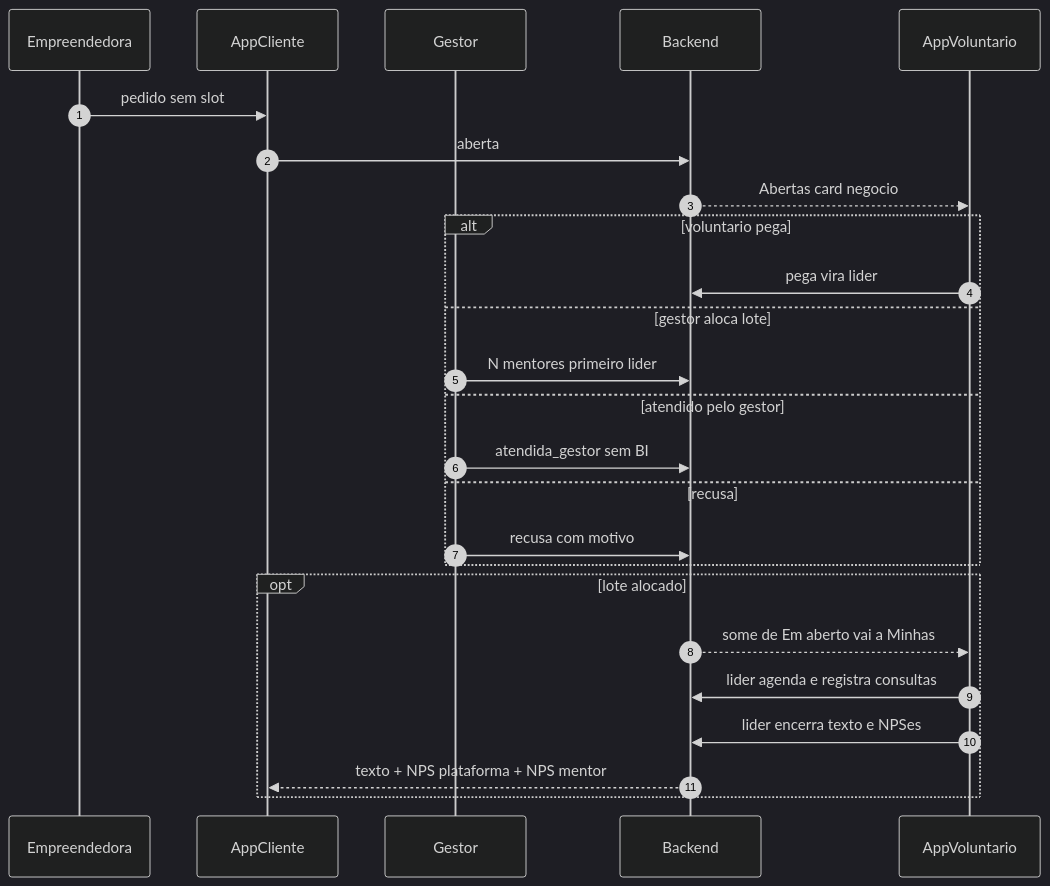
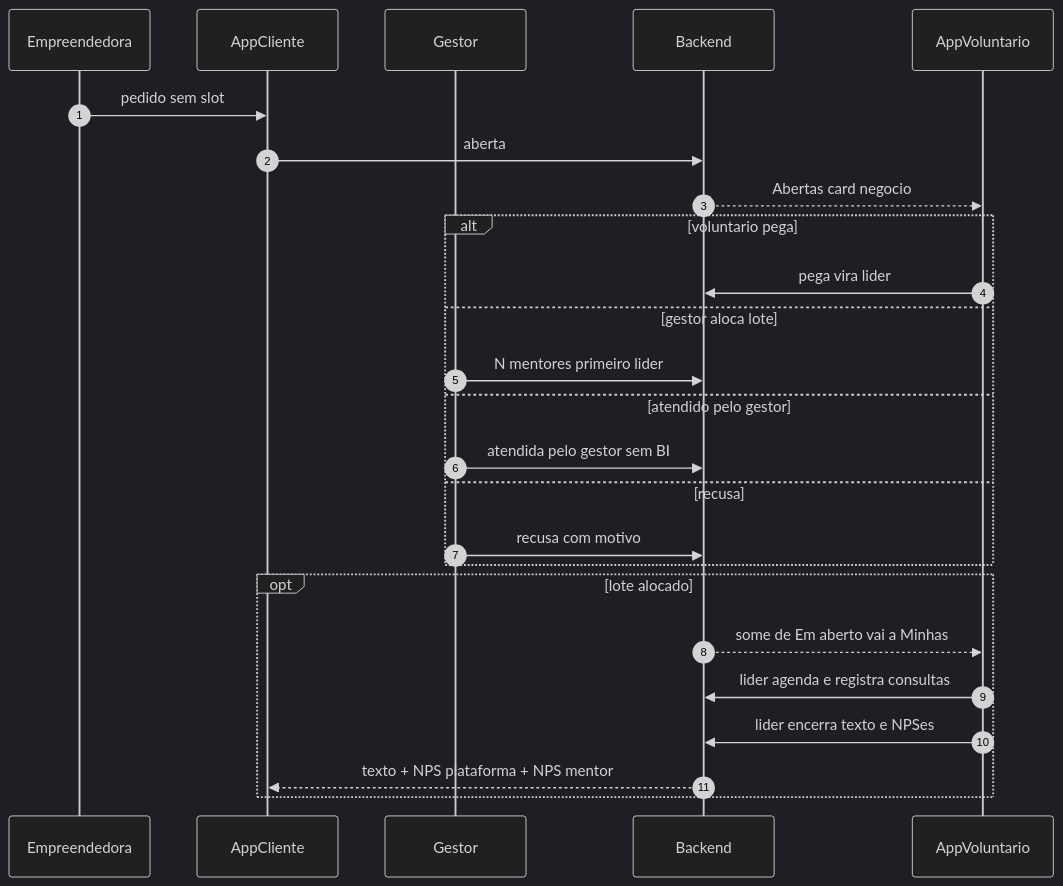
The eighth of 11 diagrams in docs/jornadas/presencial-hibrido.md (luciorogeriosp/cm_documentacao), drawn with Mermaid (dark theme) before and after one commit. The commit also changed other lines of this file and 76 other files, not shown here.

````diff
--- a/docs/jornadas/presencial-hibrido.md
+++ b/docs/jornadas/presencial-hibrido.md
@@ -377,30 +377,30 @@
 ```mermaid
 sequenceDiagram
   autonumber
   participant Empreendedora
   participant AppCliente
   participant Gestor
   participant Backend
   participant AppVoluntario
 
   Empreendedora ->> AppCliente: pedido sem slot
   AppCliente ->> Backend: aberta
   Backend -->> AppVoluntario: Abertas card negocio
 
   alt voluntario pega
     AppVoluntario ->> Backend: pega vira lider
   else gestor aloca lote
     Gestor ->> Backend: N mentores primeiro lider
   else atendido pelo gestor
-    Gestor ->> Backend: atendida_gestor sem BI
+    Gestor ->> Backend: atendida pelo gestor sem BI
   else recusa
     Gestor ->> Backend: recusa com motivo
   end
 
   opt lote alocado
     Backend -->> AppVoluntario: some de Em aberto vai a Minhas
     AppVoluntario ->> Backend: lider agenda e registra consultas
     AppVoluntario ->> Backend: lider encerra texto e NPSes
     Backend -->> AppCliente: texto + NPS plataforma + NPS mentor
   end
 ```
````
